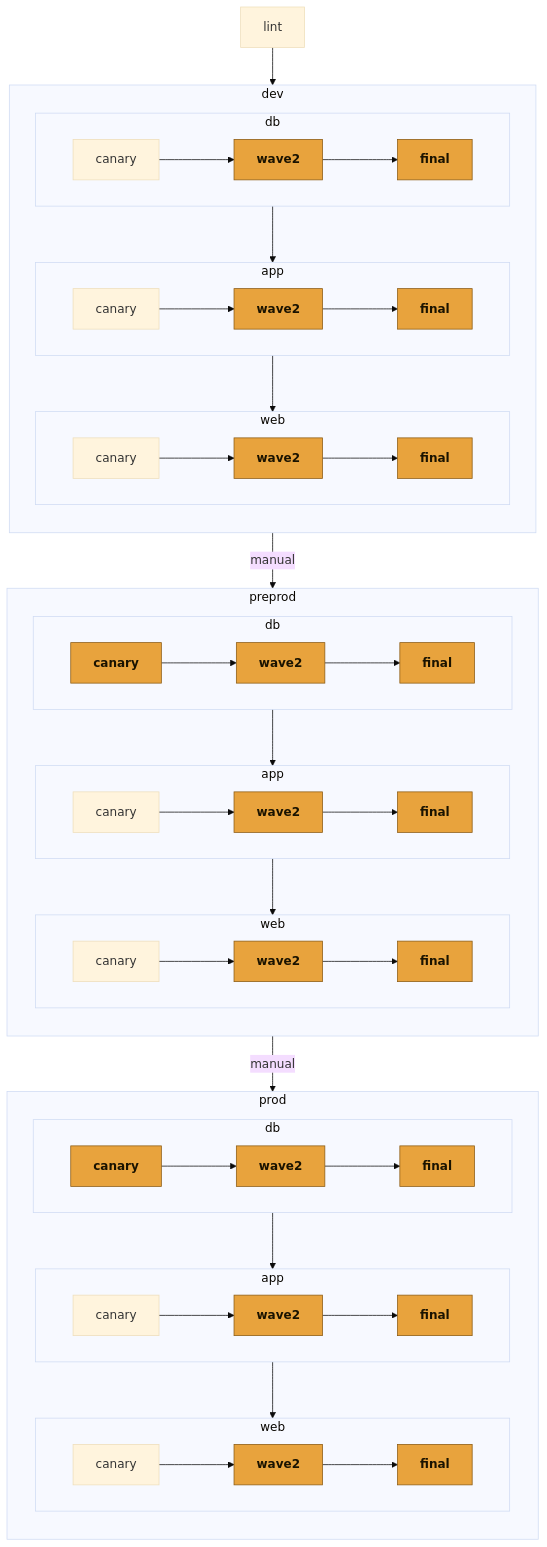
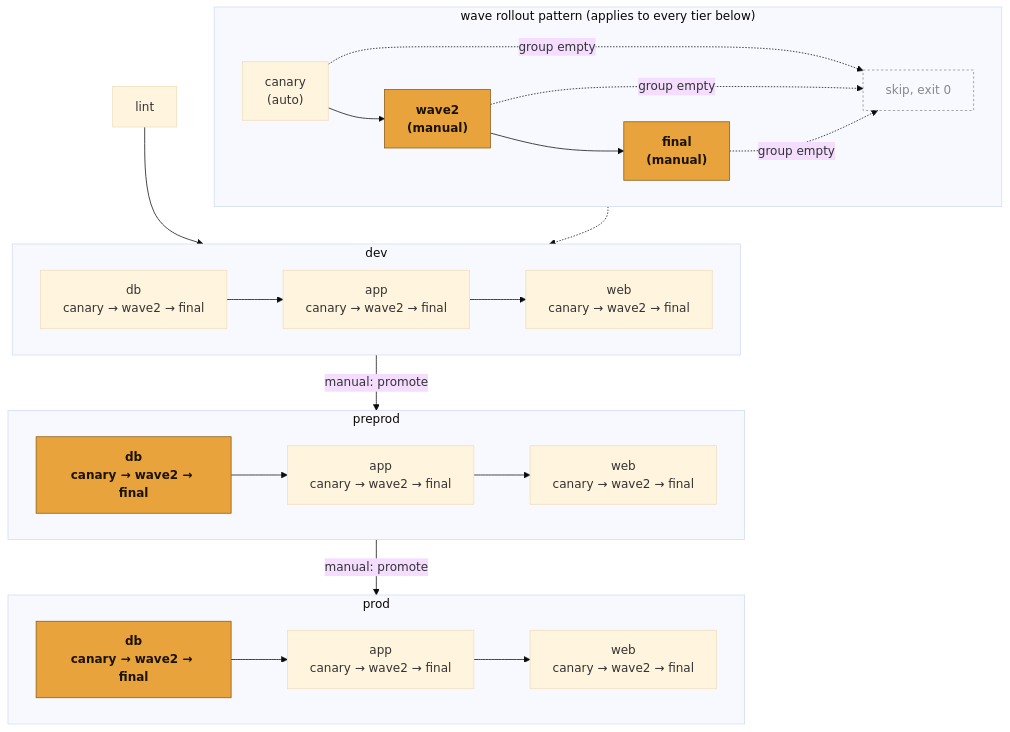
The diagram in docs/pipeline.md (troydam/gitLab-roc), drawn with Mermaid (base theme) before and after one commit.

Commit message:
Compact pipeline diagram: wave pattern once, envs bundled
Explain the canary/wave2/final wave pattern (auto, manual gates,
skip-if-empty) once at the top instead of repeating all 9 wave nodes
per environment. Each environment is now one compact subgraph with
its 3 tiers in sequence, referencing the pattern above. Verified by
rendering with mermaid-cli - structure and gating are correct and the
layout is far shorter than the previous fully-expanded version.

Claude-Session: https://claude.ai/code/session_0131BcyaQ6BfVyNSar6n8yi9

````diff
--- a/docs/pipeline.md
+++ b/docs/pipeline.md
@@ -3,67 +3,36 @@
 ```mermaid
 flowchart TD
-    lint["lint"]
+    subgraph WAVE["wave rollout pattern (applies to every tier below)"]
+        direction LR
+        w_canary["canary\n(auto)"] --> w_wave2["wave2\n(manual)"] --> w_final["final\n(manual)"]
+        w_canary -.->|"group empty"| w_skip["skip, exit 0"]
+        w_wave2 -.->|"group empty"| w_skip
+        w_final -.->|"group empty"| w_skip
+    end
+
+    lint["lint"] --> DEV
 
     subgraph DEV["dev"]
-        direction TB
-        subgraph DEVDB["db"]
-            direction LR
-            devdb_c["canary"] --> devdb_w["wave2"] --> devdb_f["final"]
-        end
-        subgraph DEVAPP["app"]
-            direction LR
-            devapp_c["canary"] --> devapp_w["wave2"] --> devapp_f["final"]
-        end
-        subgraph DEVWEB["web"]
-            direction LR
-            devweb_c["canary"] --> devweb_w["wave2"] --> devweb_f["final"]
-        end
-        devdb_f --> devapp_c
-        devapp_f --> devweb_c
+        direction LR
+        devdb["db\ncanary → wave2 → final"] --> devapp["app\ncanary → wave2 → final"] --> devweb["web\ncanary → wave2 → final"]
     end
 
     subgraph PREPROD["preprod"]
-        direction TB
-        subgraph PPDB["db"]
-            direction LR
-            ppdb_c["canary"] --> ppdb_w["wave2"] --> ppdb_f["final"]
-        end
-        subgraph PPAPP["app"]
-            direction LR
-            ppapp_c["canary"] --> ppapp_w["wave2"] --> ppapp_f["final"]
-        end
-        subgraph PPWEB["web"]
-            direction LR
-            ppweb_c["canary"] --> ppweb_w["wave2"] --> ppweb_f["final"]
-        end
-        ppdb_f --> ppapp_c
-        ppapp_f --> ppweb_c
+        direction LR
+        ppdb["db\ncanary → wave2 → final"] --> ppapp["app\ncanary → wave2 → final"] --> ppweb["web\ncanary → wave2 → final"]
     end
 
     subgraph PROD["prod"]
-        direction TB
-        subgraph PRDB["db"]
-            direction LR
-            prdb_c["canary"] --> prdb_w["wave2"] --> prdb_f["final"]
-        end
-        subgraph PRAPP["app"]
-            direction LR
-            prapp_c["canary"] --> prapp_w["wave2"] --> prapp_f["final"]
-        end
-        subgraph PRWEB["web"]
-            direction LR
-            prweb_c["canary"] --> prweb_w["wave2"] --> prweb_f["final"]
-        end
-        prdb_f --> prapp_c
-        prapp_f --> prweb_c
+        direction LR
+        prdb["db\ncanary → wave2 → final"] --> prapp["app\ncanary → wave2 → final"] --> prweb["web\ncanary → wave2 → final"]
     end
 
-    lint --> devdb_c
-    devweb_f -->|"manual"| ppdb_c
-    ppweb_f -->|"manual"| prdb_c
+    WAVE -.-> DEV
+    devweb -->|"manual: promote"| ppdb
+    ppweb -->|"manual: promote"| prdb
 
-    classDef manual fill:#e8a33d,stroke:#8a5a12,color:#1a1300,font-weight:bold;
-    class devdb_w,devdb_f,devapp_w,devapp_f,devweb_w,devweb_f manual
-    class ppdb_c,ppdb_w,ppdb_f,ppapp_w,ppapp_f,ppweb_w,ppweb_f manual
-    class prdb_c,prdb_w,prdb_f,prapp_w,prapp_f,prweb_w,prweb_f manual
+    classDef gate fill:#e8a33d,stroke:#8a5a12,color:#1a1300,font-weight:bold;
+    classDef skip fill:none,stroke:#888,color:#888,stroke-dasharray: 3 3;
+    class w_wave2,w_final,ppdb,prdb gate
+    class w_skip skip
 ```
````
